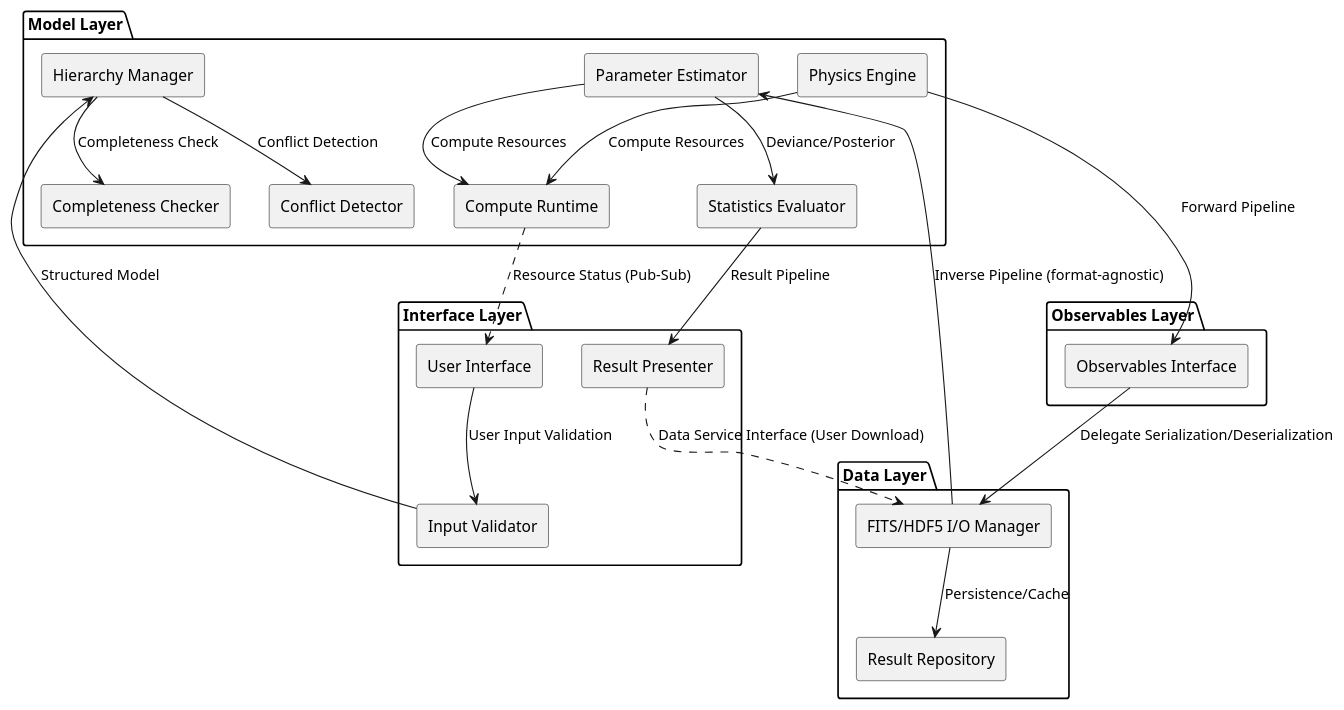
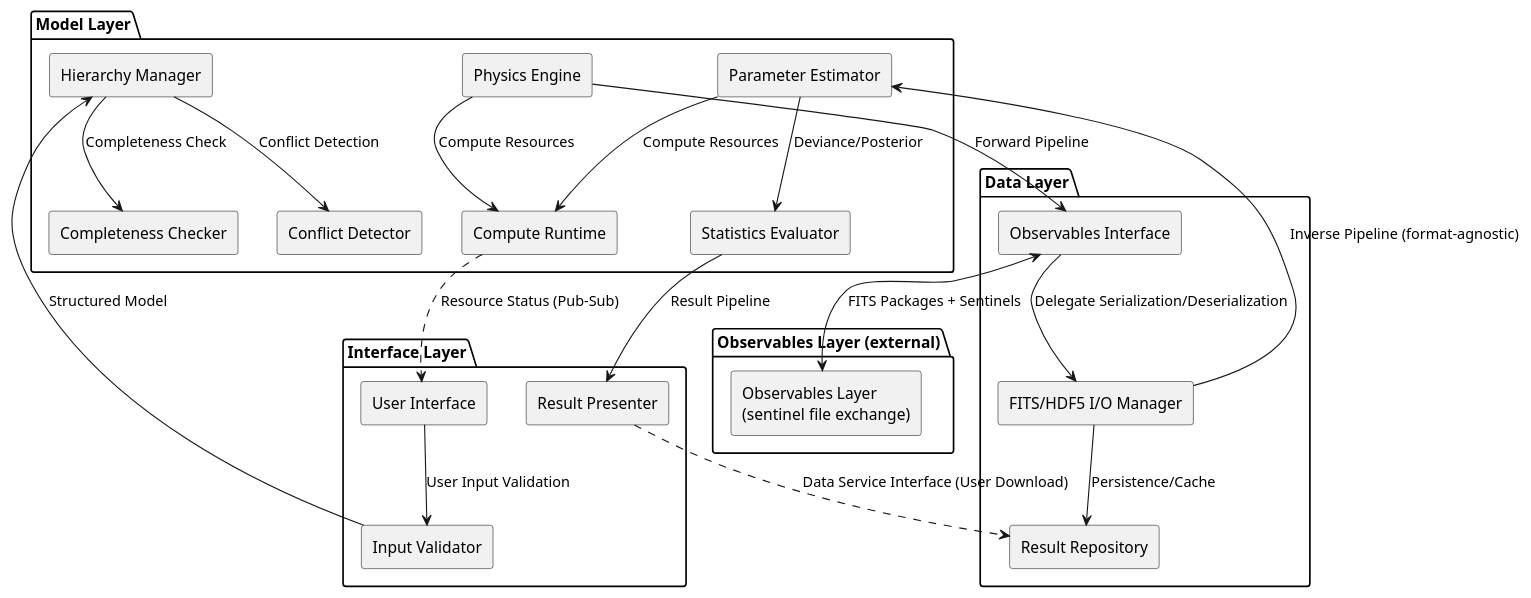
One commit to pigsboss/oasis changed the diagram in docs/diagrams/targets/components.puml. Above: the diagram before and after it, drawn with PlantUML. The commit also changed 109 other files, not shown here.

```diff
--- a/docs/diagrams/targets/components.puml
+++ b/docs/diagrams/targets/components.puml
@@ -1,61 +1,63 @@
 @startuml
 skinparam componentStyle rectangle
 
 package "Interface Layer" {
   component "User Interface" as UI
   component "Input Validator" as IV
   component "Result Presenter" as RP
 }
 
 package "Model Layer" {
   component "Hierarchy Manager" as HM
   component "Conflict Detector" as CD
   component "Completeness Checker" as CC
   component "Physics Engine" as PE
   component "Parameter Estimator" as ParEst
   component "Statistics Evaluator" as StatEval
   component "Compute Runtime" as CR
 }
 
-package "Observables Layer" {
-  component "Observables Interface" as OI
+package "Observables Layer (external)" {
+  component "Observables Layer\n(sentinel file exchange)" as OBSL
 }
 
 package "Data Layer" {
+  component "Observables Interface" as OI
   component "FITS/HDF5 I/O Manager" as FITSIO
   component "Result Repository" as RR
 }
 
 ' Interface Layer internal
 UI --> IV : User Input Validation
 
 ' Input pipeline
 IV --> HM : Structured Model
 
 ' Model management
 HM --> CD : Conflict Detection
 HM --> CC : Completeness Check
 
 ' Forward path
 PE --> CR : Compute Resources
 PE --> OI : Forward Pipeline
 
 ' Inverse path
 ParEst --> CR : Compute Resources
 ParEst <-- FITSIO : Inverse Pipeline (format-agnostic)
 
 ' Statistics and output
 ParEst --> StatEval : Deviance/Posterior
 StatEval --> RP : Result Pipeline
 
 ' Data Layer internal
 OI --> FITSIO : Delegate Serialization/Deserialization
+OI <--> OBSL : FITS Packages + Sentinels
 FITSIO --> RR : Persistence/Cache
 
 ' Horizontal services
-RP ..> FITSIO : Data Service Interface (User Download)
+RP ..> RR : Data Service Interface (User Download)
 
 ' Resource status
 CR ..> UI : Resource Status (Pub-Sub)
 
 @enduml
```
